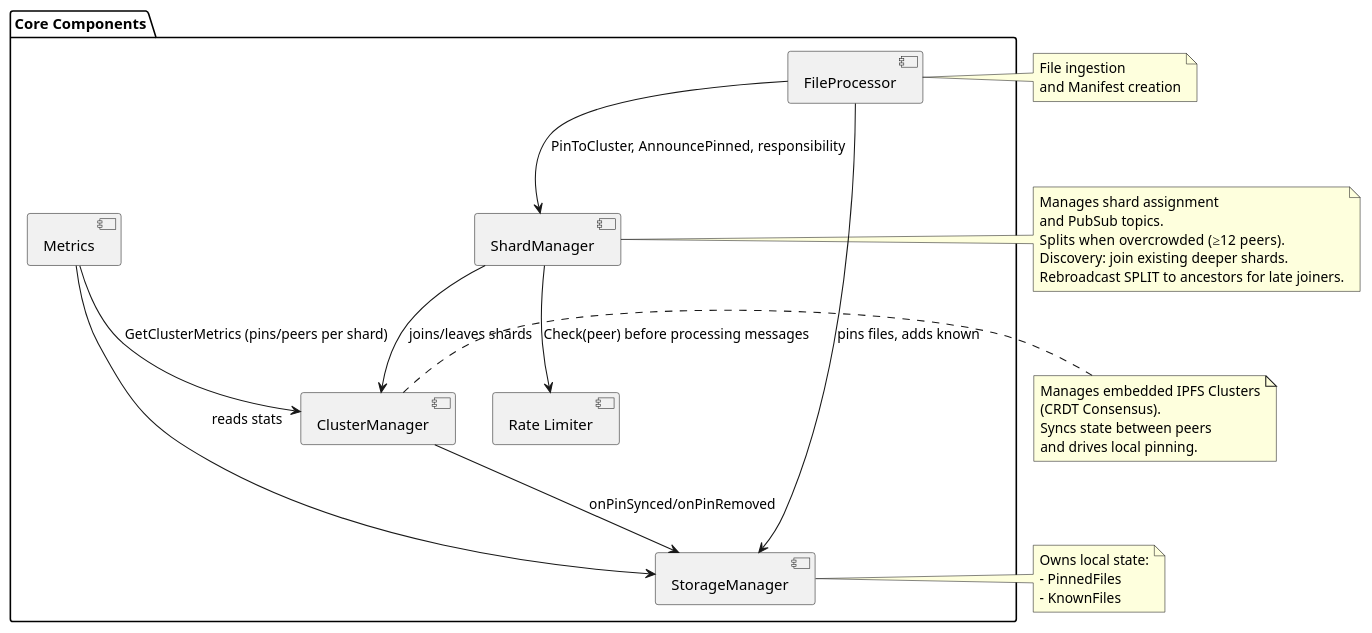
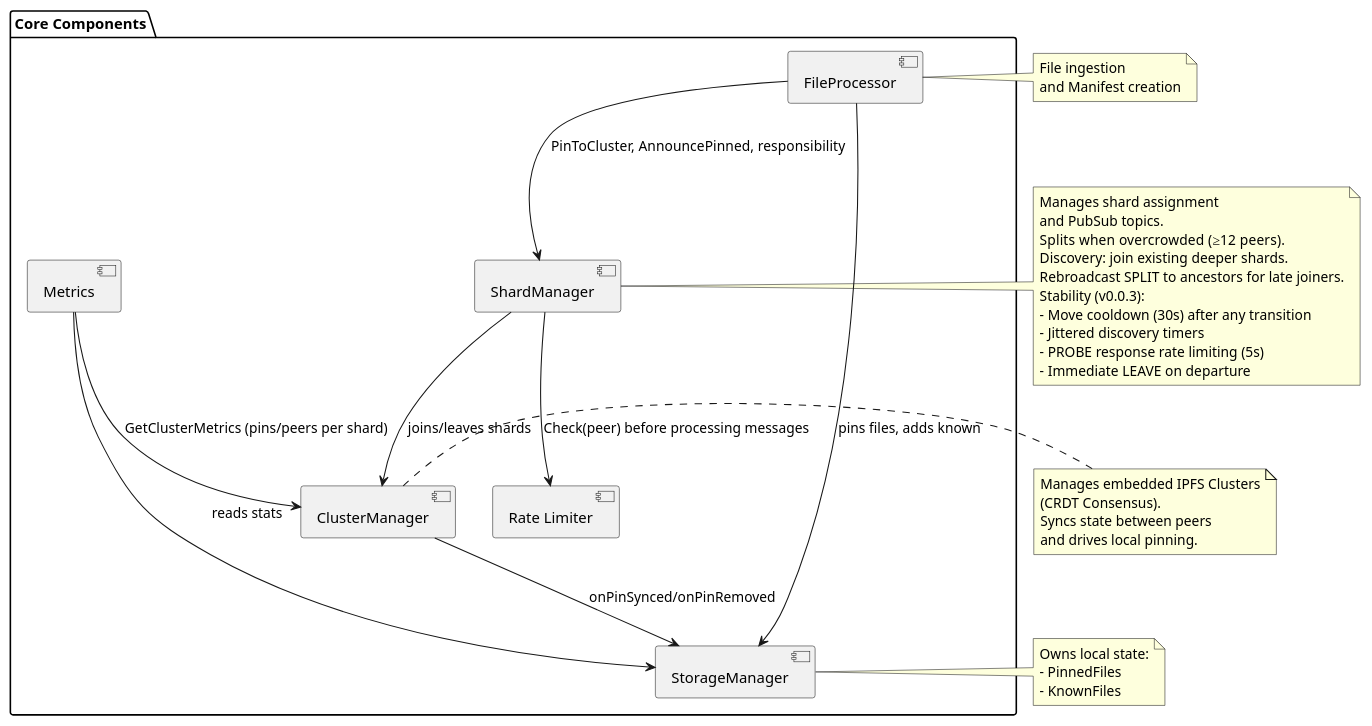
Before and after one commit to gipplab/D-LOCKSS: the diagram in docs/component_diagram.puml, drawn with PlantUML. The commit also changed 42 other files, not shown here.

```diff
--- a/docs/component_diagram.puml
+++ b/docs/component_diagram.puml
@@ -1,46 +1,51 @@
 @startuml D-LOCKSS Component Diagram
 
 package "Core Components" {
     component "ShardManager" as ShardManager
     component "ClusterManager" as ClusterManager
     component "StorageManager" as StorageManager
     component "FileProcessor" as FileProcessor
     component Metrics
     component "Rate Limiter" as RateLimiter
 }
 
 ShardManager --> ClusterManager : joins/leaves shards
 ClusterManager --> StorageManager : onPinSynced/onPinRemoved
 FileProcessor --> StorageManager : pins files, adds known
 FileProcessor --> ShardManager : PinToCluster, AnnouncePinned, responsibility
 ShardManager --> RateLimiter : Check(peer) before processing messages
 Metrics --> StorageManager : reads stats
 Metrics --> ClusterManager : GetClusterMetrics (pins/peers per shard)
 
 note right of ShardManager
     Manages shard assignment
     and PubSub topics.
     Splits when overcrowded (≥12 peers).
     Discovery: join existing deeper shards.
     Rebroadcast SPLIT to ancestors for late joiners.
+    Stability (v0.0.3):
+    - Move cooldown (30s) after any transition
+    - Jittered discovery timers
+    - PROBE response rate limiting (5s)
+    - Immediate LEAVE on departure
 end note
 
 note right of ClusterManager
     Manages embedded IPFS Clusters
     (CRDT Consensus).
     Syncs state between peers
     and drives local pinning.
 end note
 
 note right of StorageManager
     Owns local state:
     - PinnedFiles
     - KnownFiles
 end note
 
 note right of FileProcessor
     File ingestion
     and Manifest creation
 end note
 
 @enduml
```
